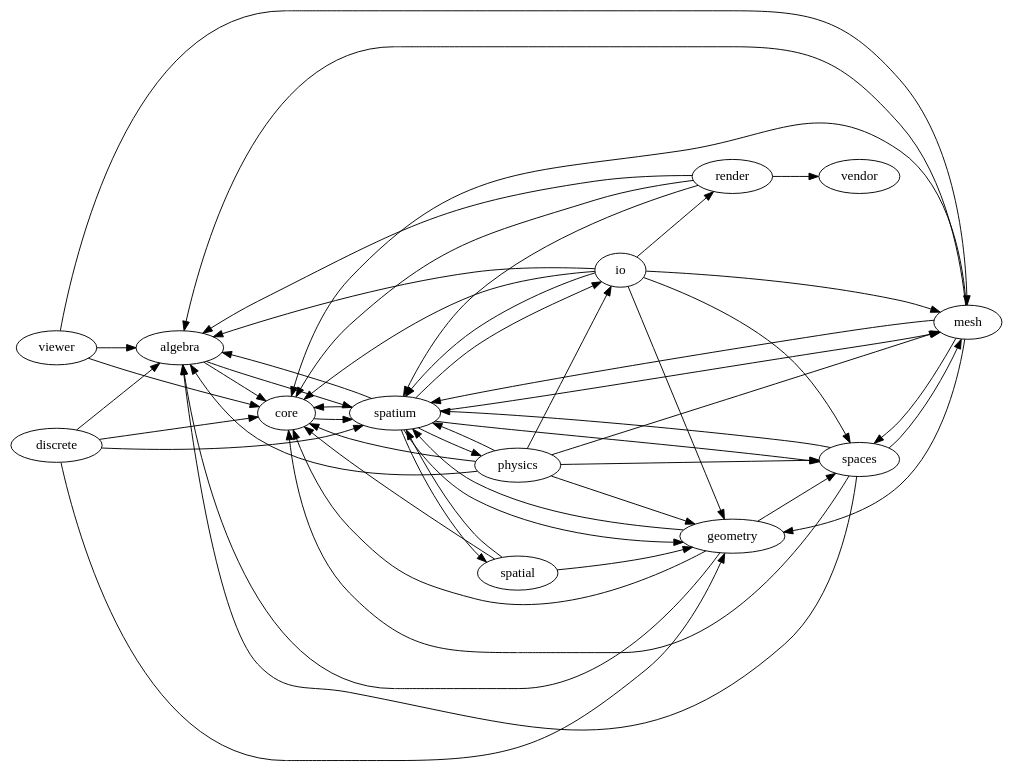
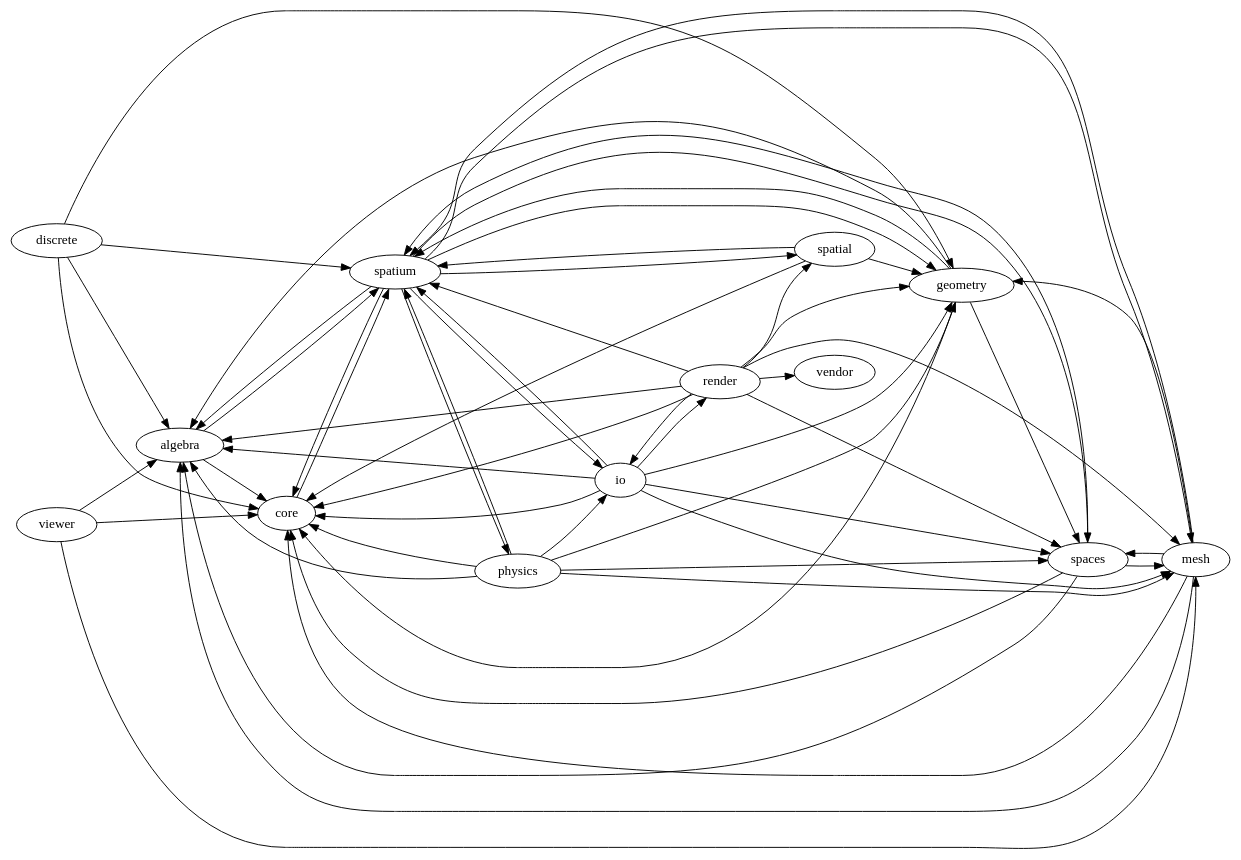
One commit to Vaniell0/spatium changed the diagram in docs/dependency-graph.dot. Above: the diagram before and after it, drawn with Graphviz. The commit also changed 2 other files, not shown here.

```diff
--- a/docs/dependency-graph.dot
+++ b/docs/dependency-graph.dot
@@ -1,55 +1,60 @@
 digraph spatium_dependencies {
     rankdir=LR;
     "algebra" -> "core";
     "algebra" -> "spatium";
     "core" -> "spatium";
     "discrete" -> "algebra";
     "discrete" -> "core";
     "discrete" -> "geometry";
     "discrete" -> "spatium";
     "geometry" -> "algebra";
     "geometry" -> "core";
     "geometry" -> "spaces";
     "geometry" -> "spatium";
     "io" -> "algebra";
     "io" -> "core";
     "io" -> "geometry";
     "io" -> "mesh";
     "io" -> "render";
     "io" -> "spaces";
     "io" -> "spatium";
     "mesh" -> "algebra";
     "mesh" -> "core";
     "mesh" -> "geometry";
     "mesh" -> "spaces";
     "mesh" -> "spatium";
     "physics" -> "algebra";
     "physics" -> "core";
     "physics" -> "geometry";
     "physics" -> "io";
     "physics" -> "mesh";
     "physics" -> "spaces";
     "physics" -> "spatium";
     "render" -> "algebra";
     "render" -> "core";
+    "render" -> "geometry";
+    "render" -> "io";
+    "render" -> "mesh";
+    "render" -> "spaces";
+    "render" -> "spatial";
     "render" -> "spatium";
     "render" -> "vendor";
     "spaces" -> "algebra";
     "spaces" -> "core";
     "spaces" -> "mesh";
     "spaces" -> "spatium";
     "spatial" -> "core";
     "spatial" -> "geometry";
     "spatial" -> "spatium";
     "spatium" -> "algebra";
     "spatium" -> "core";
     "spatium" -> "geometry";
     "spatium" -> "io";
     "spatium" -> "mesh";
     "spatium" -> "physics";
     "spatium" -> "spaces";
     "spatium" -> "spatial";
     "viewer" -> "algebra";
     "viewer" -> "core";
     "viewer" -> "mesh";
 }
```
